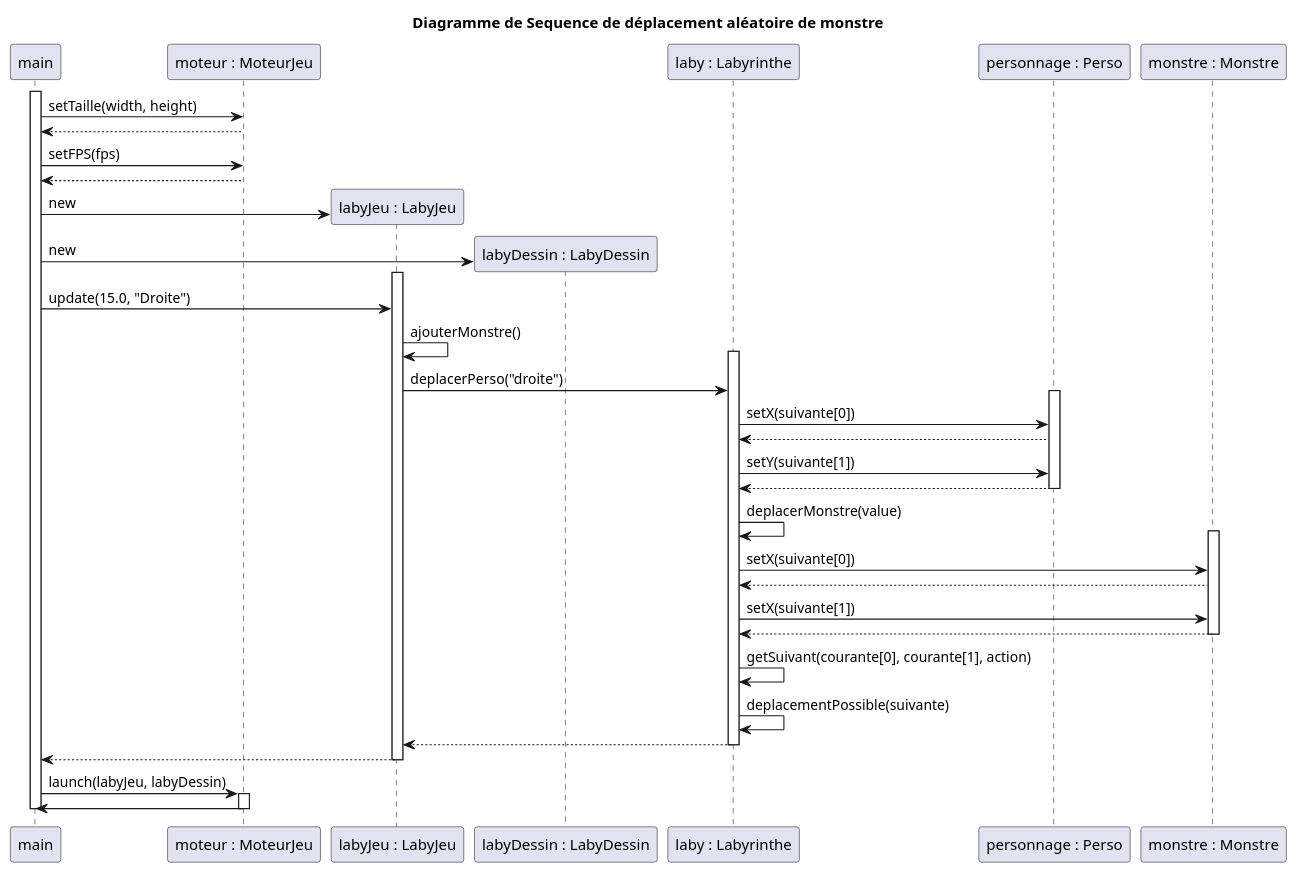
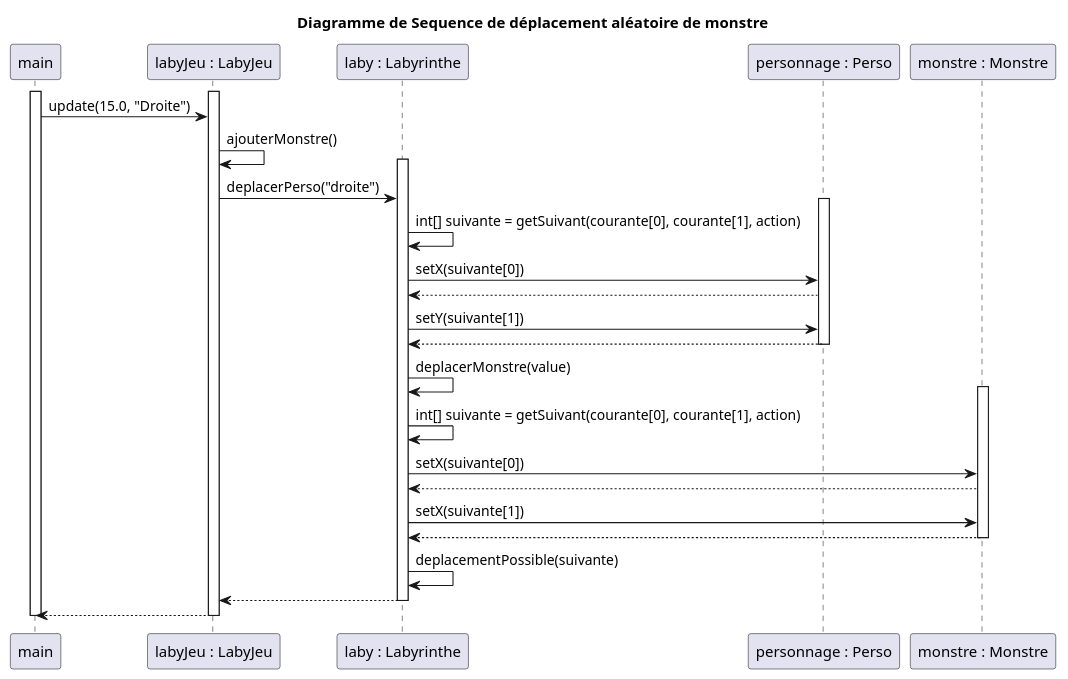
The diagram in documents/version_3/DiagrammeSeqDeplacementAleaMonstre.puml (Zhi-Sheng-Trieu/2022_Zeldiablo_Doan_Oudin_Trieu_Noel), drawn with PlantUML before and after one commit. The commit also changed 1 other file, not shown here.

```diff
--- a/documents/version_3/DiagrammeSeqDeplacementAleaMonstre.puml
+++ b/documents/version_3/DiagrammeSeqDeplacementAleaMonstre.puml
@@ -1,59 +1,48 @@
 @startuml
 
 title Diagramme de Sequence de déplacement aléatoire de monstre
 
 participant "main" as main
-participant "moteur : MoteurJeu" as moteur
 participant "labyJeu : LabyJeu" as labyJeu
-participant "labyDessin : LabyDessin" as labyDessin
 participant "laby : Labyrinthe" as laby
 participant "personnage : Perso" as personnage
 participant "monstre : Monstre" as monstre
 
 
 
 
 activate main
-    main -> moteur : setTaille(width, height)
-    moteur --> main
-    main -> moteur : setFPS(fps)
-    moteur --> main
-    create labyJeu
-    main -> labyJeu : new
-    create labyDessin
-    main -> labyDessin : new
+
 
     activate labyJeu
         main -> labyJeu : update(15.0, "Droite")
         labyJeu -> labyJeu : ajouterMonstre()
         activate laby
             labyJeu -> laby : deplacerPerso("droite")
             activate personnage
+                laby -> laby : int[] suivante = getSuivant(courante[0], courante[1], action)
                 laby -> personnage : setX(suivante[0])
                 personnage --> laby
                 laby -> personnage : setY(suivante[1])
                 personnage --> laby
             deactivate personnage
             laby -> laby : deplacerMonstre(value)
             activate monstre
+                laby -> laby : int[] suivante = getSuivant(courante[0], courante[1], action)
                 laby -> monstre : setX(suivante[0])
                 monstre --> laby
                 laby -> monstre : setX(suivante[1])
                 monstre --> laby
             deactivate monstre
-            laby -> laby : getSuivant(courante[0], courante[1], action)
             laby -> laby : deplacementPossible(suivante)
             laby --> labyJeu
         deactivate laby
 
     labyJeu --> main
     deactivate labyJeu
 
-    main -> moteur : launch(labyJeu, labyDessin)
-    activate moteur
-    moteur -> main
-    deactivate moteur
+
 
 deactivate main
 
 @enduml
```
